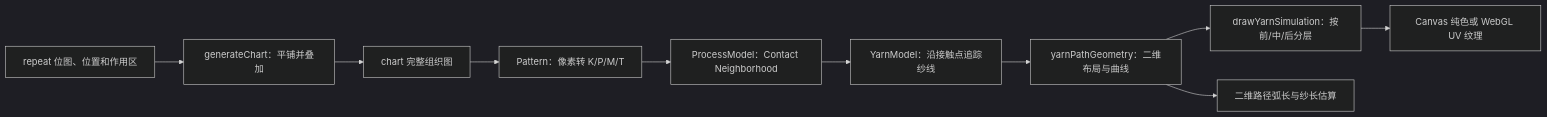
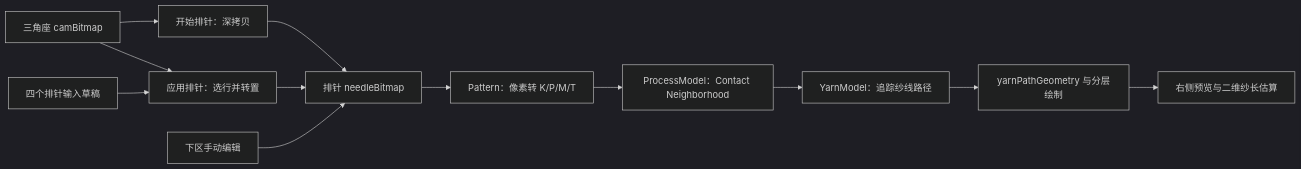
The diagram in KnitScape_当前功能与算法.md (newman655200/KnitScape), drawn with Mermaid (dark theme) before and after one commit. The commit also changed other lines of this file and 2 other files, not shown here.

Commit message:
docs: record needle arrangement implementation

````diff
--- a/KnitScape_当前功能与算法.md
+++ b/KnitScape_当前功能与算法.md
@@ -42,12 +53,14 @@
 ```mermaid
 flowchart LR
-    A["repeat 位图、位置和作用区"] --> B["generateChart：平铺并叠加"]
-    B --> C["chart 完整组织图"]
-    C --> D["Pattern：像素转 K/P/M/T"]
-    D --> E["ProcessModel：Contact Neighborhood"]
-    E --> F["YarnModel：沿接触点追踪纱线"]
-    F --> G["yarnPathGeometry：二维布局与曲线"]
-    G --> H["drawYarnSimulation：按前/中/后分层"]
-    H --> I["Canvas 纯色或 WebGL UV 纹理"]
-    G --> J["二维路径弧长与纱长估算"]
+    A["三角座 camBitmap"] --> B["开始排针：深拷贝"]
+    A --> C["应用排针：选行并转置"]
+    D["四个排针输入草稿"] --> C
+    B --> E["排针 needleBitmap"]
+    C --> E
+    F["下区手动编辑"] --> E
+    E --> G["Pattern：像素转 K/P/M/T"]
+    G --> H["ProcessModel：Contact Neighborhood"]
+    H --> I["YarnModel：追踪纱线路径"]
+    I --> J["yarnPathGeometry 与分层绘制"]
+    J --> K["右侧预览与二维纱长估算"]
 ```
````
